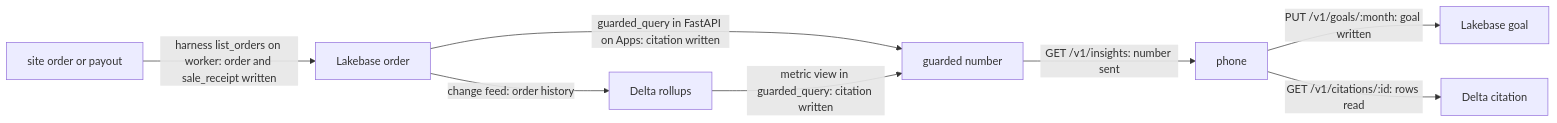
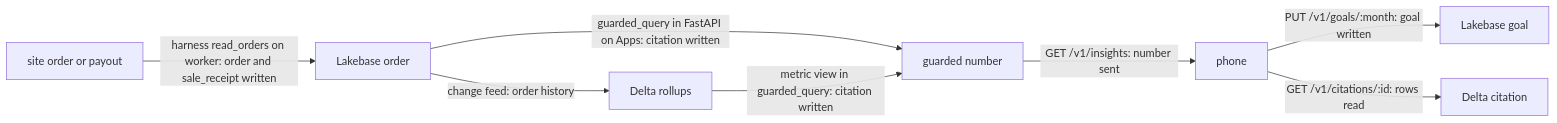
One commit to benverhaalen/secondhand changed the diagram in spec/features/insights.md. Above: the diagram before and after it, drawn with Mermaid. The commit also changed other lines of this file and 2 other files, not shown here.

````diff
--- a/spec/features/insights.md
+++ b/spec/features/insights.md
@@ -36,10 +36,10 @@
 ```mermaid
 flowchart LR
-  S["site order or payout"] -->|"harness list_orders on worker: order and sale_receipt written"| O["Lakebase order"]
+  S["site order or payout"] -->|"harness read_orders on worker: order and sale_receipt written"| O["Lakebase order"]
   O -->|"change feed: order history"| D["Delta rollups"]
   O -->|"guarded_query in FastAPI on Apps: citation written"| G["guarded number"]
   D -->|"metric view in guarded_query: citation written"| G
   G -->|"GET /v1/insights: number sent"| P["phone"]
   P -->|"PUT /v1/goals/:month: goal written"| L["Lakebase goal"]
   P -->|"GET /v1/citations/:id: rows read"| C["Delta citation"]
 ```
````
